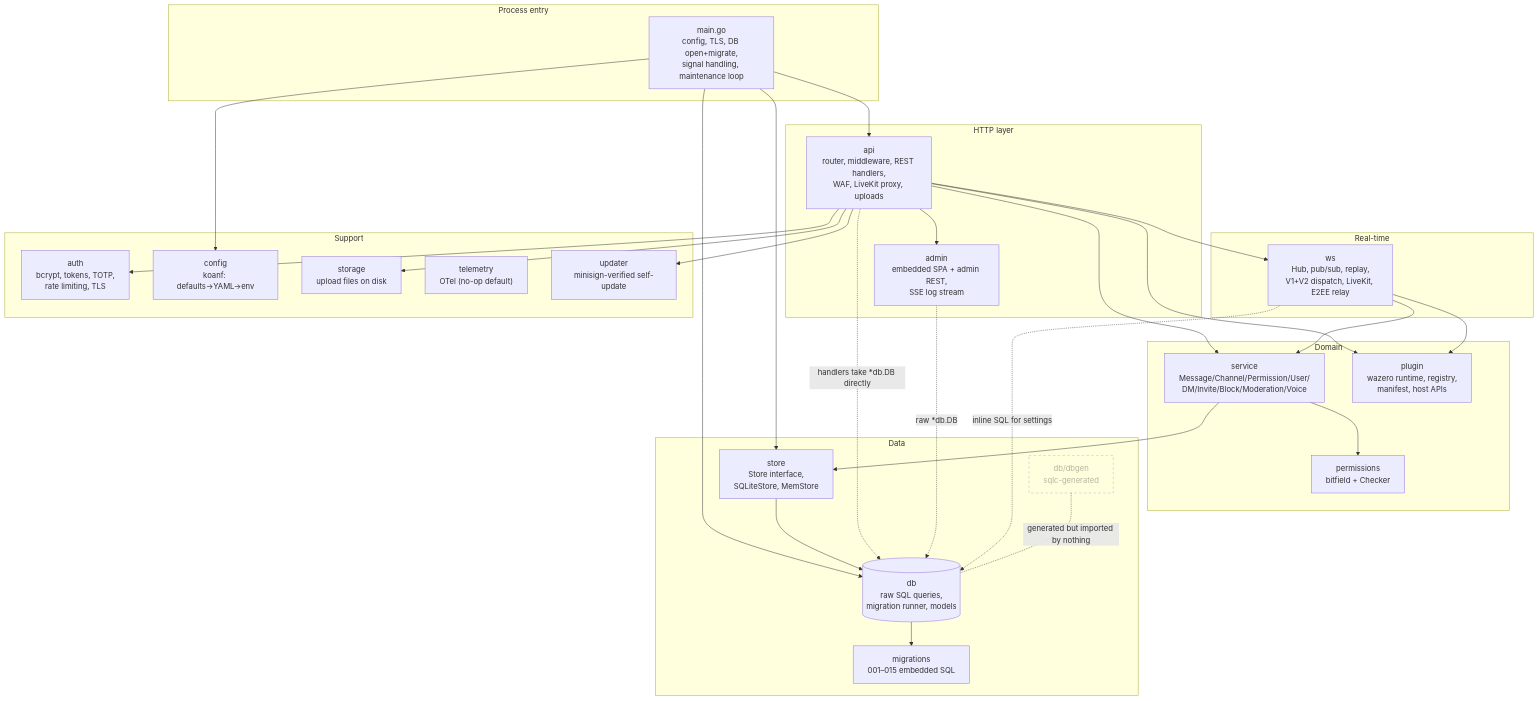
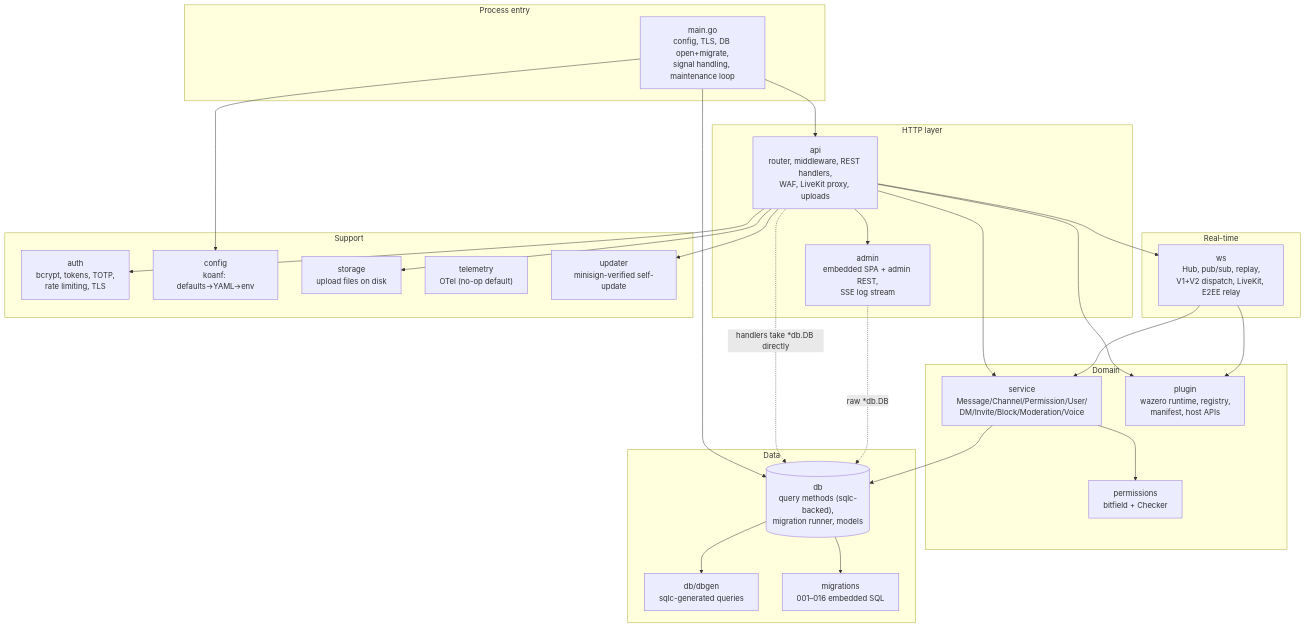
The first of 2 diagrams in docs/architecture/server.md (J3vb/OwnCord), drawn with Mermaid before and after one commit. The commit also changed other lines of this file and 53 other files, not shown here.

First line of the commit message:
refactor(server): remove the store abstraction layer (D3)

````diff
--- a/docs/architecture/server.md
+++ b/docs/architecture/server.md
@@ -12,63 +12,56 @@
 ```mermaid
 flowchart TB
     subgraph entry ["Process entry"]
         MAIN["main.go<br/>config, TLS, DB open+migrate,<br/>signal handling, maintenance loop"]
     end
 
     subgraph http ["HTTP layer"]
         API["api<br/>router, middleware, REST handlers,<br/>WAF, LiveKit proxy, uploads"]
         ADMIN["admin<br/>embedded SPA + admin REST,<br/>SSE log stream"]
     end
 
     subgraph realtime ["Real-time"]
         WS["ws<br/>Hub, pub/sub, replay,<br/>V1+V2 dispatch, LiveKit, E2EE relay"]
     end
 
     subgraph domain ["Domain"]
         SVC["service<br/>Message/Channel/Permission/User/<br/>DM/Invite/Block/Moderation/Voice"]
         PERM["permissions<br/>bitfield + Checker"]
         PLUGIN["plugin<br/>wazero runtime, registry,<br/>manifest, host APIs"]
     end
 
     subgraph data ["Data"]
-        STORE["store<br/>Store interface,<br/>SQLiteStore, MemStore"]
-        DB[("db<br/>raw SQL queries,<br/>migration runner, models")]
-        DBGEN["db/dbgen<br/>sqlc-generated"]
-        MIG["migrations<br/>001–015 embedded SQL"]
+        DB[("db<br/>query methods (sqlc-backed),<br/>migration runner, models")]
+        DBGEN["db/dbgen<br/>sqlc-generated queries"]
+        MIG["migrations<br/>001–016 embedded SQL"]
     end
 
     subgraph support ["Support"]
         AUTH["auth<br/>bcrypt, tokens, TOTP,<br/>rate limiting, TLS"]
         CFG["config<br/>koanf: defaults→YAML→env"]
         STORAGE["storage<br/>upload files on disk"]
         TEL["telemetry<br/>OTel (no-op default)"]
         UPD["updater<br/>minisign-verified self-update"]
     end
 
     MAIN --> CFG
     MAIN --> API
     MAIN --> DB
-    MAIN --> STORE
     API --> ADMIN
     API --> WS
     API --> SVC
     API --> AUTH
     API --> STORAGE
     API --> UPD
     API --> PLUGIN
-    SVC --> STORE
+    SVC --> DB
     SVC --> PERM
-    STORE --> DB
+    DB --> DBGEN
     DB --> MIG
     WS --> SVC
     WS --> PLUGIN
 
-    %% Layering violations (dashed red): raw *db.DB used above the store seam
+    %% Residual layering seam (dashed): raw *db.DB used above the service layer
     API -.->|"handlers take *db.DB directly"| DB
     ADMIN -.->|"raw *db.DB"| DB
-    WS -.->|"inline SQL for settings"| DB
-    DBGEN -.-|"generated but imported by nothing"| DB
-
-    classDef dead fill:none,stroke-dasharray: 5 5,opacity:0.6
-    class DBGEN dead
 ```
````
